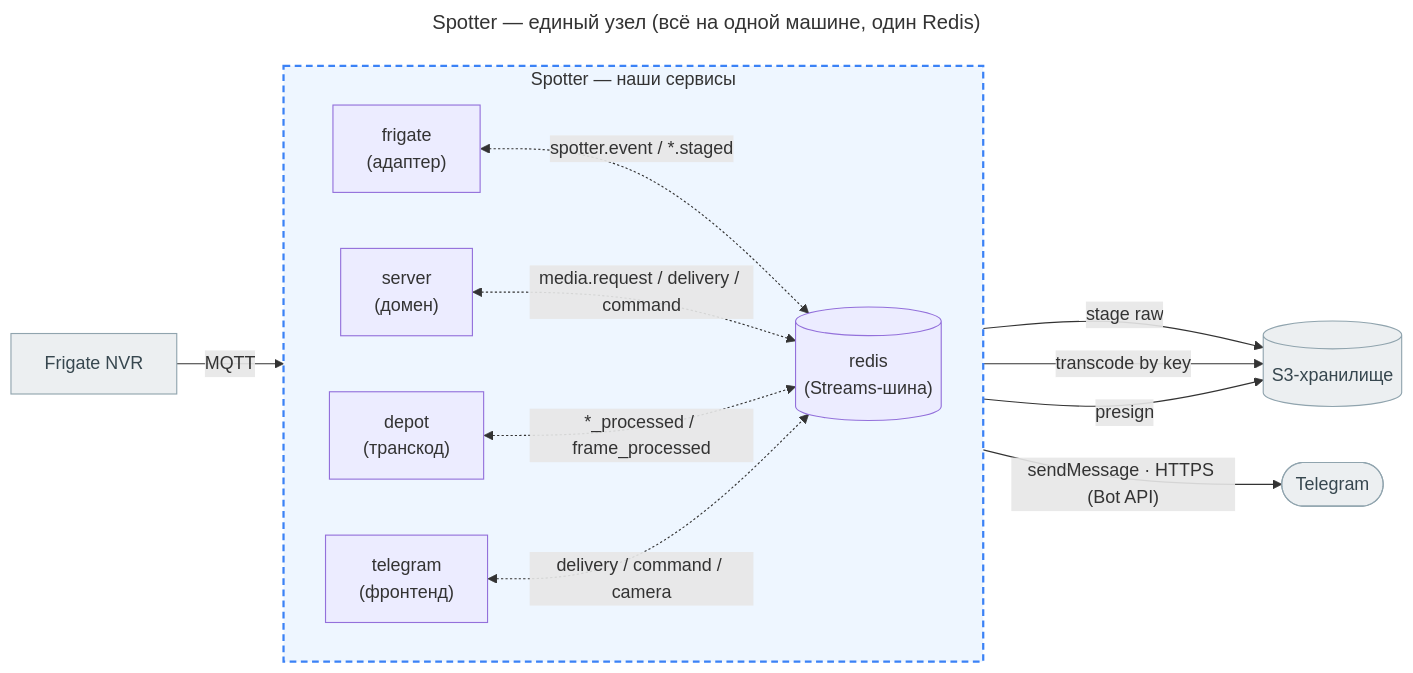
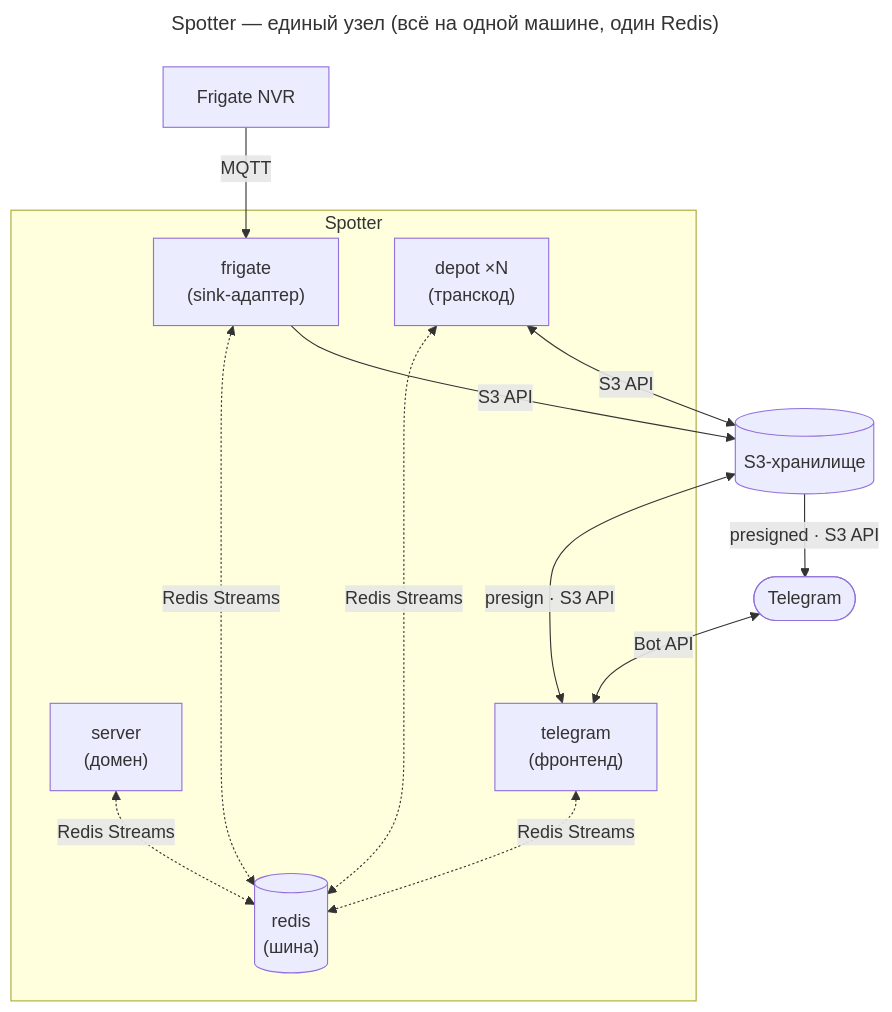
One commit to MkSavin/spotter changed the first of 2 diagrams in README.md. Above: the diagram before and after it, drawn with Mermaid. The commit also changed other lines of this file, not shown here.

Commit message:
fix: Improved diagrams

````diff
--- a/README.md
+++ b/README.md
@@ -26,33 +26,32 @@
 ```mermaid
 ---
 title: "Spotter — единый узел (всё на одной машине, один Redis)"
 ---
-flowchart LR
+flowchart TB
     Frigate["Frigate NVR"]
+    S3[("S3-хранилище")]
     TG(["Telegram"])
-    S3[("S3-хранилище")]
-
-    subgraph app["Spotter — наши сервисы"]
-        direction LR
-        frigate["frigate<br/>(адаптер)"]
+    
+    subgraph app["Spotter"]
+        frigate["frigate<br/>(sink-адаптер)"]
         server["server<br/>(домен)"]
         telegram["telegram<br/>(фронтенд)"]
-        depot["depot<br/>(транскод)"]
-        redis[("redis<br/>(Streams-шина)")]
+        depot["depot ×N<br/>(транскод)"]
+        redis[("redis<br/>(шина)")]
     end
 
     Frigate -- "MQTT" --> frigate
-    frigate <-. "spotter.event / *.staged" .-> redis
-    server <-. "media.request / delivery / command" .-> redis
-    depot <-. "*_processed / frame_processed" .-> redis
-    telegram <-. "delivery / command / camera" .-> redis
+    TG <-- "Bot API" --> telegram
+    
+    frigate <-. "Redis Streams" .-> redis
+    server <-. "Redis Streams" .-> redis
+    depot <-. "Redis Streams" .-> redis
+    telegram <-. "Redis Streams" .-> redis
 
-    frigate -- "stage raw" --> S3
-    depot -- "transcode by key" --> S3
-    telegram -- "presign" --> S3
-    telegram -- "sendMessage · HTTPS (Bot API)" --> TG
+    frigate -- "S3 API" --> S3
+    depot <-- "S3 API" --> S3
+    telegram <-- "presign · S3 API" --> S3
+    S3 -- "presigned · S3 API" --> TG
 
-    classDef ext fill:#eceff1,stroke:#90a4ae,color:#37474f
     class Frigate,TG,S3 ext
-    style app fill:#eef6ff,stroke:#3b82f6,stroke-width:2px,stroke-dasharray:6 4
 ```
````
